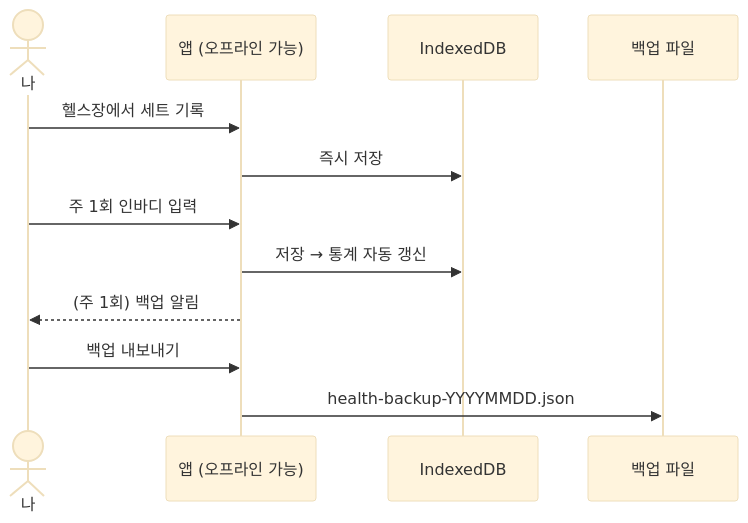
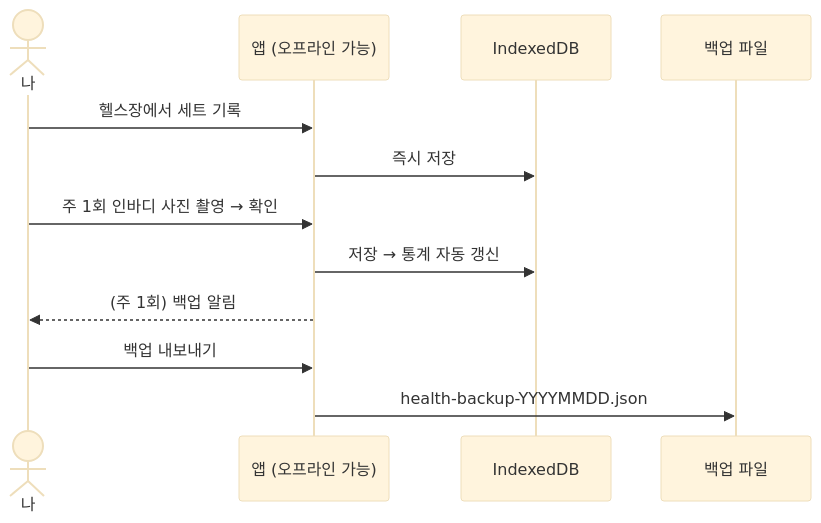
One commit to y2j1004-run/003.workout_mgmt changed the sixth of 6 diagrams in docs/ARCHITECTURE.md. Above: the diagram before and after it, drawn with Mermaid (base theme). The commit also changed other lines of this file and 23 other files, not shown here.

````diff
--- a/docs/ARCHITECTURE.md
+++ b/docs/ARCHITECTURE.md
@@ -192,15 +254,15 @@
 ```mermaid
 sequenceDiagram
     actor U as 나
     participant A as 앱 (오프라인 가능)
     participant DB as IndexedDB
     participant B as 백업 파일
 
     U->>A: 헬스장에서 세트 기록
     A->>DB: 즉시 저장
-    U->>A: 주 1회 인바디 입력
+    U->>A: 주 1회 인바디 사진 촬영 → 확인
     A->>DB: 저장 → 통계 자동 갱신
     A-->>U: (주 1회) 백업 알림
     U->>A: 백업 내보내기
     A->>B: health-backup-YYYYMMDD.json
 ```
````
